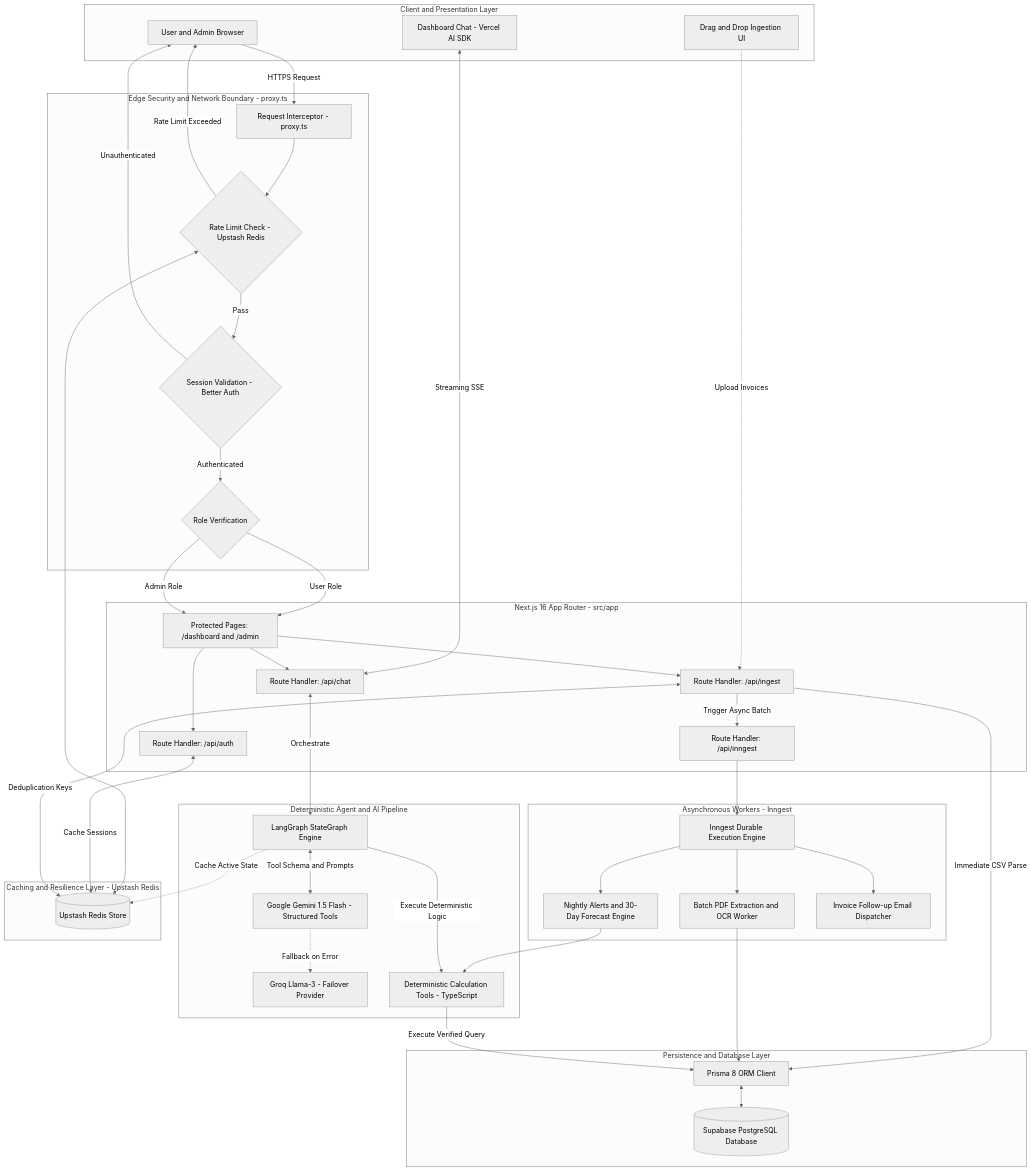
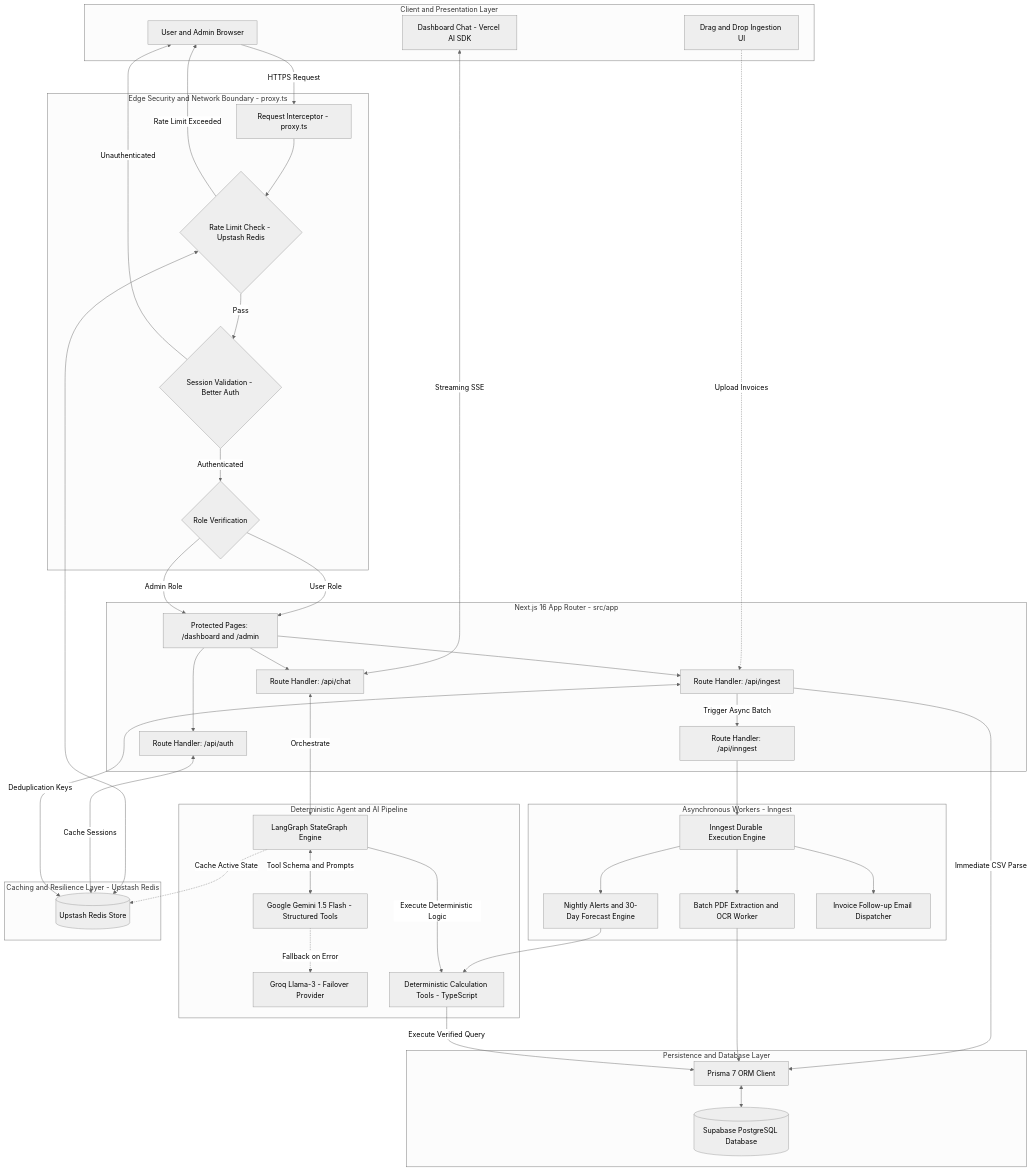
One commit to iamabraryeasir/SME-Finance-Copilot changed the first of 2 diagrams in docs/PROJECT_ARCHITECTURE.md. Above: the diagram before and after it, drawn with Mermaid (neutral theme). The commit also changed other lines of this file and 9 other files, not shown here.

First line of the commit message:
feat(db): integrate Prisma 7 with PostgreSQL adapter and schema models

```diff
--- a/docs/PROJECT_ARCHITECTURE.md
+++ b/docs/PROJECT_ARCHITECTURE.md
@@ -60,7 +60,7 @@
   end
 
   subgraph DataLayer["Persistence and Database Layer"]
-    PrismaClient["Prisma 8 ORM Client"]
+    PrismaClient["Prisma 7 ORM Client"]
     SupabaseDB[("Supabase PostgreSQL Database")]
   end
 
```
